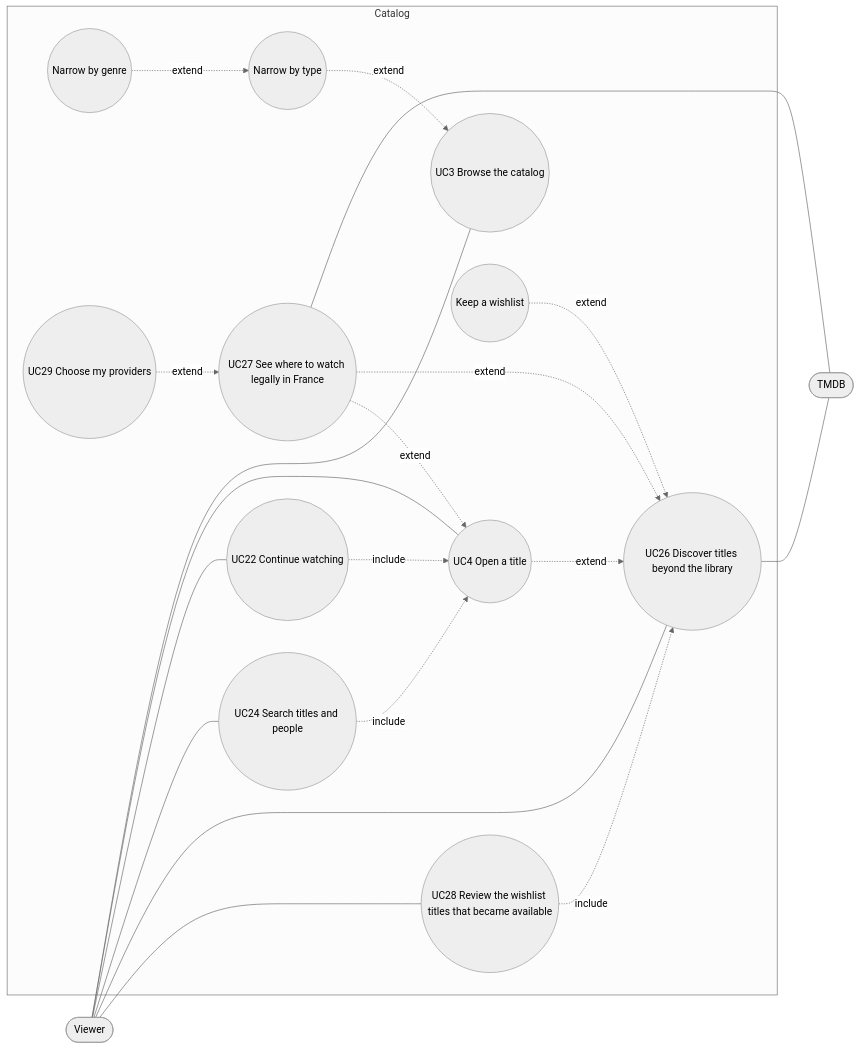
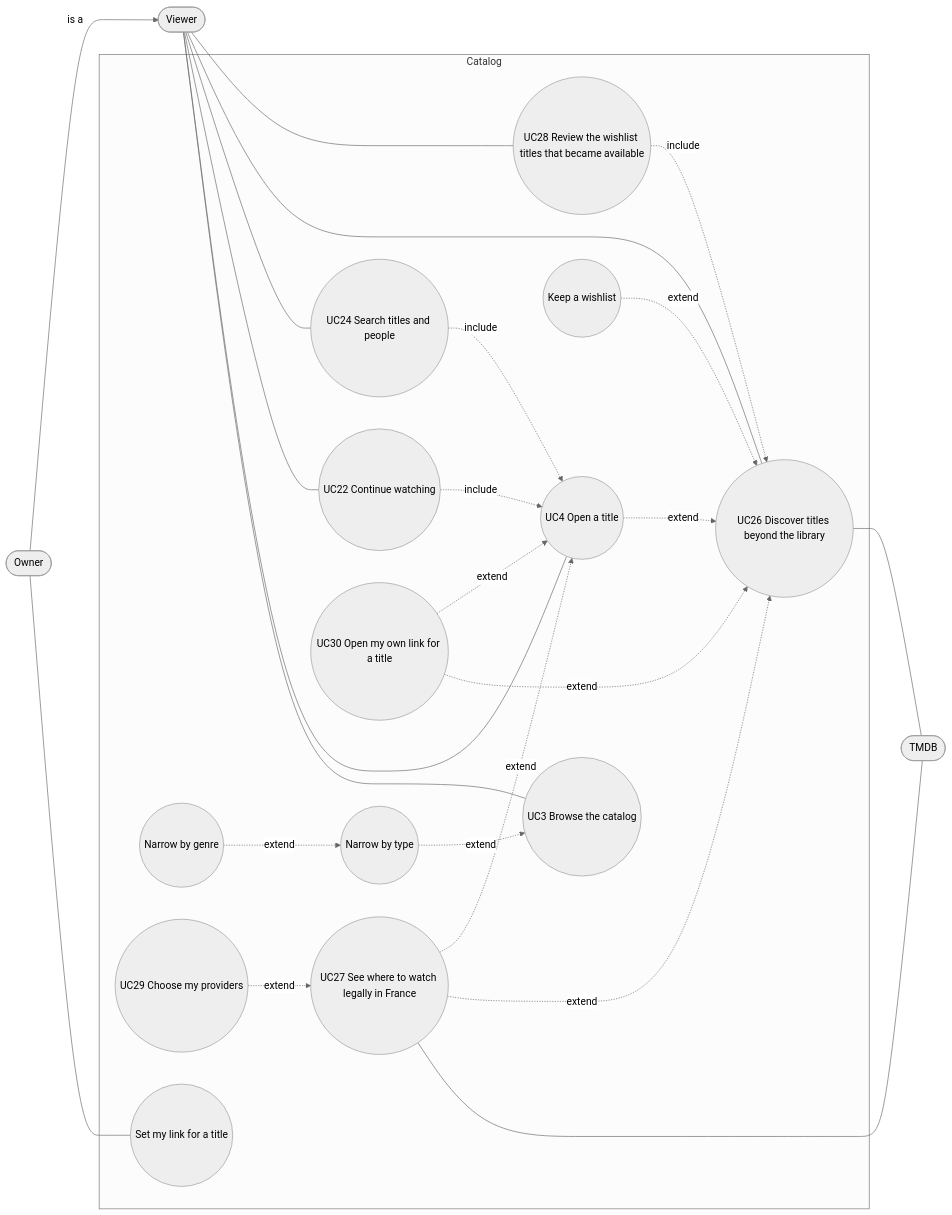
The diagram in docs/architecture/diagrams/catalog/01-use-case.md (benoit-bremaud/popcorntv), drawn with Mermaid (neutral theme) before and after one commit. The commit also changed other lines of this file and 27 other files, not shown here.

````diff
--- a/docs/architecture/diagrams/catalog/01-use-case.md
+++ b/docs/architecture/diagrams/catalog/01-use-case.md
@@ -8,36 +8,43 @@
 ```mermaid
 flowchart LR
   viewer([Viewer])
+  owner([Owner])
   subgraph Catalog
     uc3((UC3 Browse the catalog))
     uc3a((Narrow by type))
     uc3b((Narrow by genre))
     uc4((UC4 Open a title))
     uc22((UC22 Continue watching))
     uc24((UC24 Search titles and people))
     uc26((UC26 Discover titles beyond the library))
     uc26a((Keep a wishlist))
     uc27((UC27 See where to watch legally in France))
     uc28((UC28 Review the wishlist titles that became available))
     uc29((UC29 Choose my providers))
+    uc30((UC30 Open my own link for a title))
+    uc30a((Set my link for a title))
   end
   tmdb([TMDB])
   viewer --- uc3
   viewer --- uc4
   viewer --- uc22
   viewer --- uc24
   viewer --- uc26
   uc26 --- tmdb
   uc27 --- tmdb
   viewer --- uc28
   uc29 -. extend .-> uc27
   uc28 -. include .-> uc26
   uc27 -. extend .-> uc26
   uc27 -. extend .-> uc4
   uc26a -. extend .-> uc26
   uc4 -. extend .-> uc26
   uc24 -. include .-> uc4
   uc22 -. include .-> uc4
   uc3a -. extend .-> uc3
+  uc30 -. extend .-> uc26
+  uc30 -. extend .-> uc4
+  owner --- uc30a
+  owner -->|is a| viewer
   uc3b -. extend .-> uc3a
 ```
````
